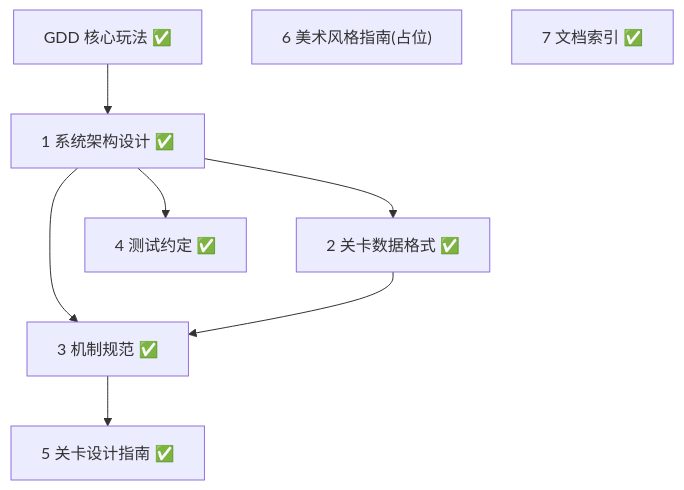
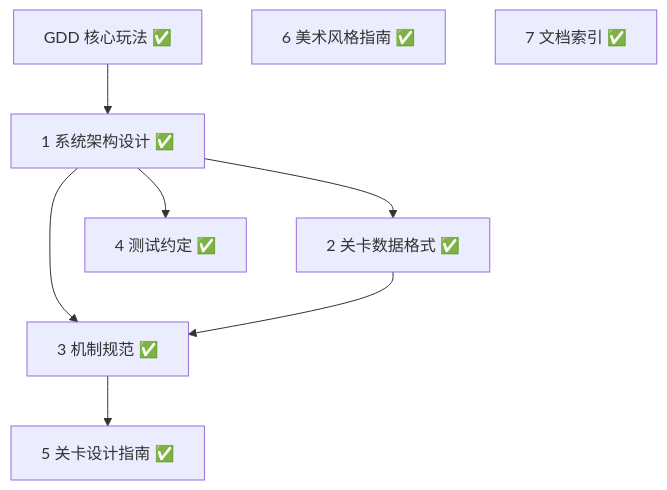
The diagram in docs/superpowers/plans/2026-07-08-documentation-roadmap.md (earneet/monk), drawn with Mermaid before and after one commit. The commit also changed other lines of this file and 1 other file, not shown here.

First line of the commit message:
docs: roadmap 标记 Task 6 完成 + 索引(文档体系全部就绪)

````diff
--- a/docs/superpowers/plans/2026-07-08-documentation-roadmap.md
+++ b/docs/superpowers/plans/2026-07-08-documentation-roadmap.md
@@ -40,11 +40,11 @@
 ```mermaid
 flowchart TD
     GDD["GDD 核心玩法 ✅"] --> ARCH["1 系统架构设计 ✅"]
     ARCH --> DATA["2 关卡数据格式 ✅"]
     ARCH --> MECH["3 机制规范 ✅"]
     DATA --> MECH
     ARCH --> TEST["4 测试约定 ✅"]
     MECH --> LVL["5 关卡设计指南 ✅"]
-    ART["6 美术风格指南(占位)"]
+    ART["6 美术风格指南 ✅"]
     IDX["7 文档索引 ✅"]
 ```
````
